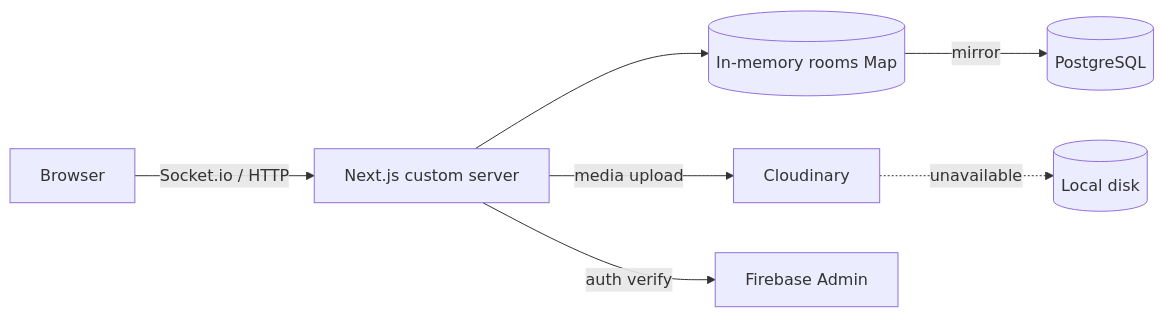
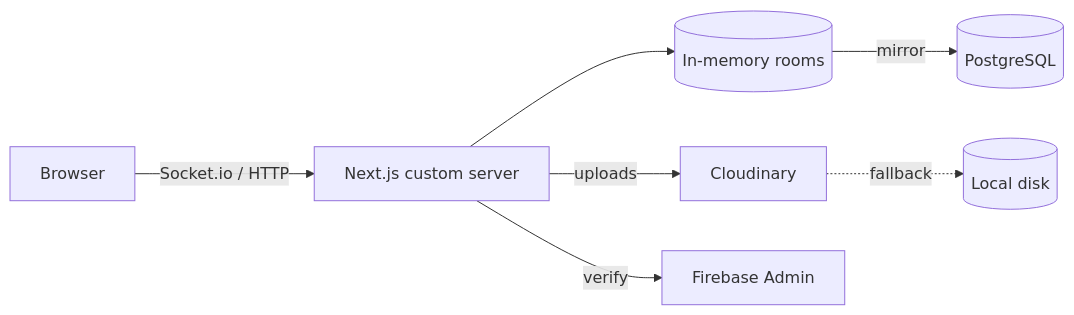
The diagram in README.md (FirozChauhan/oob), drawn with Mermaid before and after one commit. The commit also changed other lines of this file, not shown here.

````diff
--- a/README.md
+++ b/README.md
@@ -43,9 +51,7 @@
 ```mermaid
 flowchart LR
     A[Browser] -->|Socket.io / HTTP| C[Next.js custom server]
-    C --> D[(In-memory rooms Map)]
-    D -->|mirror| E[(PostgreSQL)]
-    C -->|media upload| F[Cloudinary]
-    F -. unavailable .-> G[(Local disk)]
-    C -->|auth verify| H[Firebase Admin]
+    C --> D[(In-memory rooms)] -->|mirror| E[(PostgreSQL)]
+    C -->|uploads| F[Cloudinary] -. fallback .-> G[(Local disk)]
+    C -->|verify| H[Firebase Admin]
 ```
````
